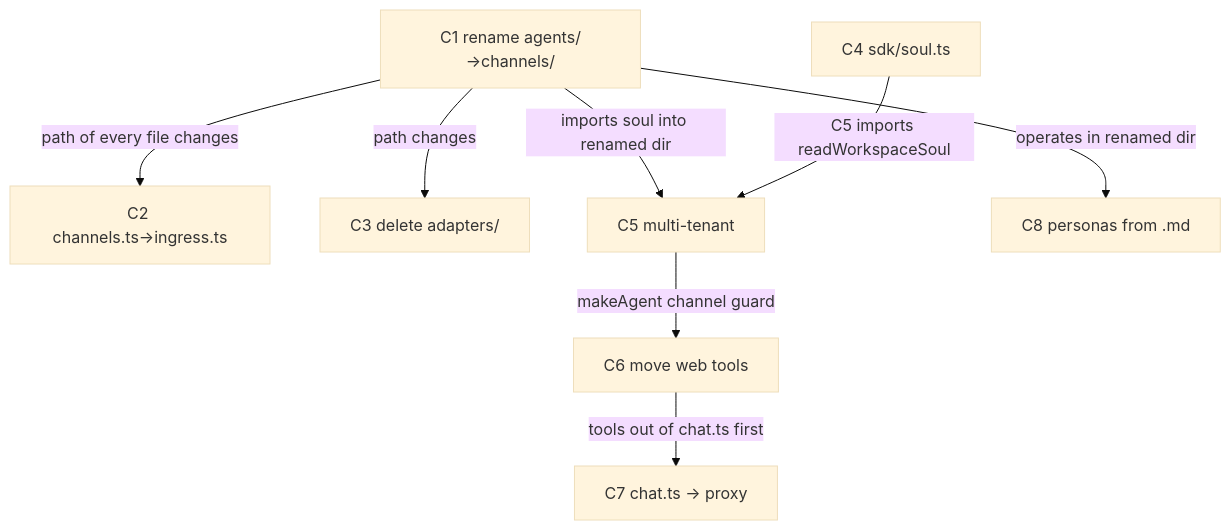
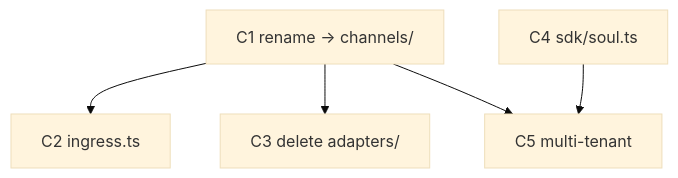
One commit to one-ie/claude changed the first of 2 diagrams in plans/clean-todo.md. Above: the diagram before and after it, drawn with Mermaid (base theme). The commit also changed other lines of this file and 1 other file, not shown here.

First line of the commit message:
docs(clean): re-plan back half — tools as a thin skin over the substrate

````diff
--- a/plans/clean-todo.md
+++ b/plans/clean-todo.md
@@ -159,10 +201,7 @@
 ```mermaid
 graph TD
-  C1[C1 rename agents/→channels/] -->|path of every file changes| C2[C2 channels.ts→ingress.ts]
-  C1 -->|path changes| C3[C3 delete adapters/]
-  C1 -->|imports soul into renamed dir| C5[C5 multi-tenant]
-  C4[C4 sdk/soul.ts] -->|C5 imports readWorkspaceSoul| C5
-  C5 -->|makeAgent channel guard| C6[C6 move web tools]
-  C6 -->|tools out of chat.ts first| C7[C7 chat.ts → proxy]
-  C1 -->|operates in renamed dir| C8[C8 personas from .md]
+  C1[C1 rename → channels/] --> C2[C2 ingress.ts]
+  C1 --> C3[C3 delete adapters/]
+  C1 --> C5[C5 multi-tenant]
+  C4[C4 sdk/soul.ts] --> C5
 ```
````
